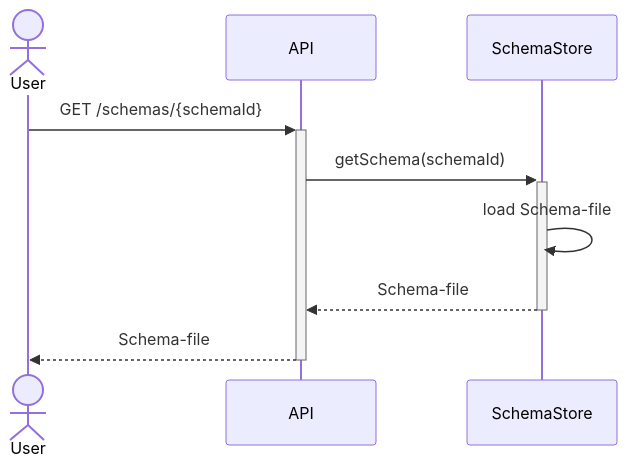
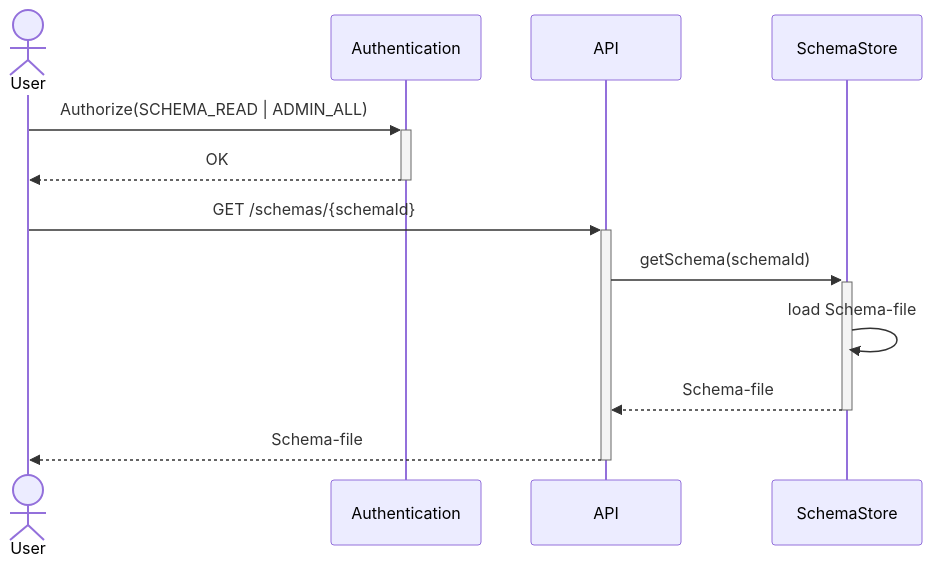
One commit to federated-catalogue-enhancements-2026/docs changed diagram 22 of 34 in federated-catalogue/src/docs/architecture/chapters/06_runtime_view.adoc. Above: the diagram before and after it, drawn with Mermaid. The commit also changed other lines of this file and 2 other files, not shown here.

```diff
--- a/federated-catalogue/src/docs/architecture/chapters/06_runtime_view.adoc
+++ b/federated-catalogue/src/docs/architecture/chapters/06_runtime_view.adoc
@@ -716,12 +734,15 @@
 [mermaid, width=2000]
 ....
 sequenceDiagram
     actor User
+    participant Auth as Authentication
     participant API
     participant SchemaStore as SchemaStore
+    User ->> + Auth:Authorize(SCHEMA_READ | ADMIN_ALL)
+    Auth -->> - User:OK
     User ->> + API:GET /schemas/{schemaId}
     API ->> + SchemaStore:getSchema(schemaId)
     SchemaStore ->> SchemaStore:load Schema-file
     SchemaStore -->> - API:Schema-file
     API -->> - User:Schema-file
 ....
```
